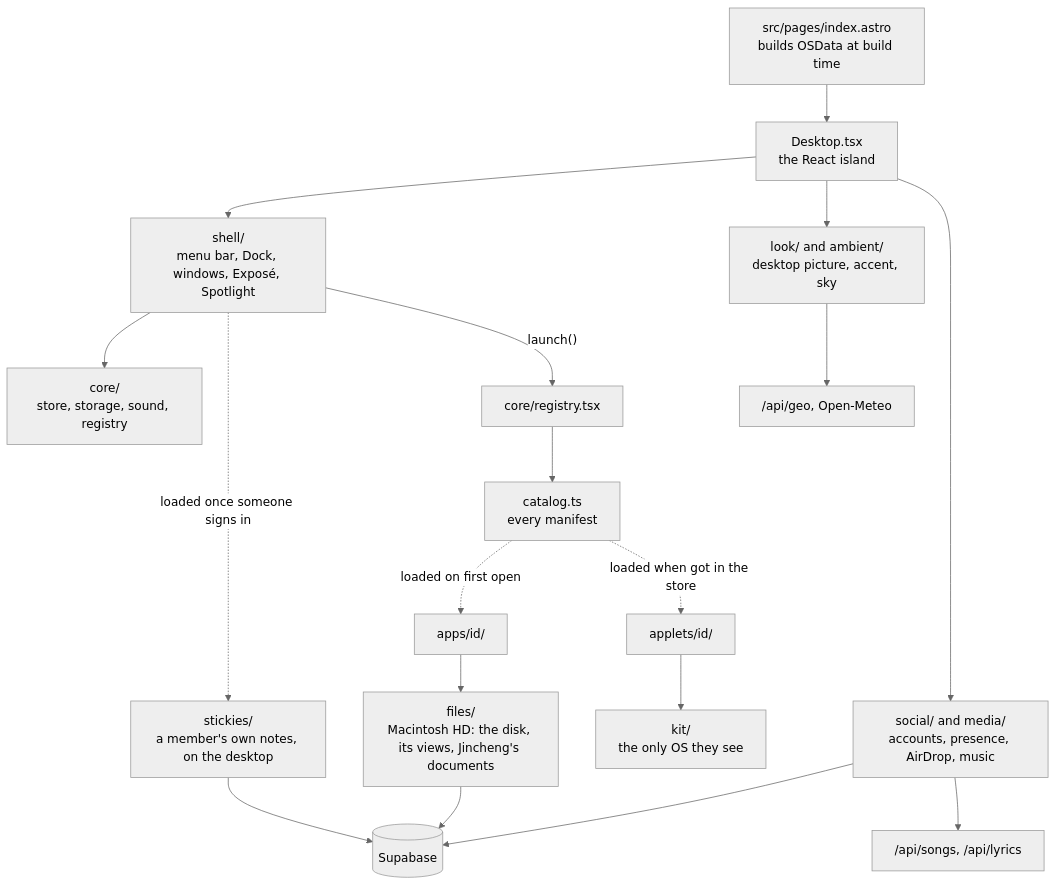
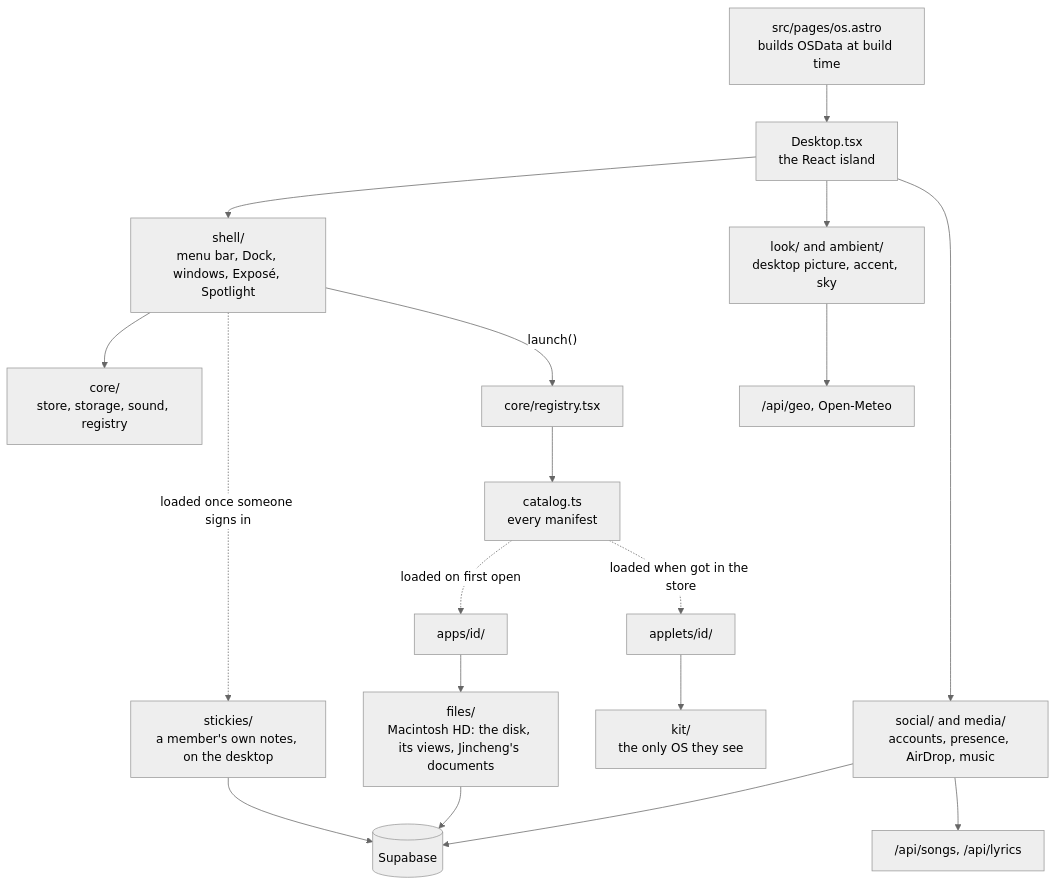
The diagram in docs/agents/desktop.md (jma49/jmos), drawn with Mermaid (neutral theme) before and after one commit. The commit also changed other lines of this file and 19 other files, not shown here.

First line of the commit message:
feat: make the pond the home page, with the desktop at /os

````diff
--- a/docs/agents/desktop.md
+++ b/docs/agents/desktop.md
@@ -16,20 +16,20 @@
 ```mermaid
 flowchart TD
-  page["src/pages/index.astro<br/>builds OSData at build time"] --> desktop["Desktop.tsx<br/>the React island"]
+  page["src/pages/os.astro<br/>builds OSData at build time"] --> desktop["Desktop.tsx<br/>the React island"]
   desktop --> shell["shell/<br/>menu bar, Dock, windows, Exposé, Spotlight"]
   desktop --> look["look/ and ambient/<br/>desktop picture, accent, sky"]
   desktop --> social["social/ and media/<br/>accounts, presence, AirDrop, music"]
   shell --> core["core/<br/>store, storage, sound, registry"]
   shell -. "loaded once someone signs in" .-> stickies["stickies/<br/>a member's own notes, on the desktop"]
   shell -- "launch()" --> registry["core/registry.tsx"]
   registry --> catalog["catalog.ts<br/>every manifest"]
   catalog -. "loaded on first open" .-> apps["apps/id/"]
   catalog -. "loaded when got in the store" .-> applets["applets/id/"]
   apps --> files["files/<br/>Macintosh HD: the disk, its views, Jincheng's documents"]
   applets --> kit["kit/<br/>the only OS they see"]
   social --> supabase[("Supabase")]
   stickies --> supabase
   files --> supabase
   social --> api["/api/songs, /api/lyrics"]
   look --> geo["/api/geo, Open-Meteo"]
 ```
````
